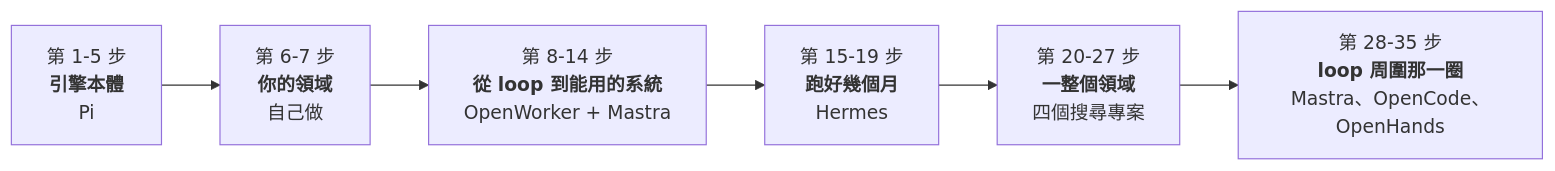
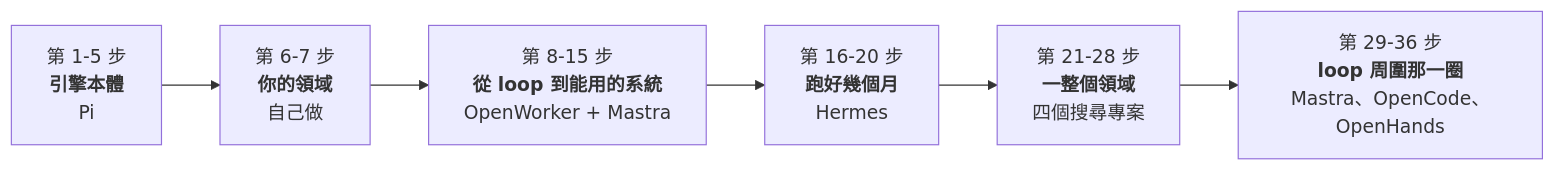
The second of 2 diagrams in README.zh-TW.md (whereissam/learn-agent-engineering-from-production), drawn with Mermaid before and after one commit. The commit also changed other lines of this file and 12 other files, not shown here.

````diff
--- a/README.zh-TW.md
+++ b/README.zh-TW.md
@@ -63,8 +63,8 @@
 ```mermaid
 flowchart LR
     P1["第 1-5 步<br/><b>引擎本體</b><br/>Pi"] --> P2["第 6-7 步<br/><b>你的領域</b><br/>自己做"]
-    P2 --> P3["第 8-14 步<br/><b>從 loop 到能用的系統</b><br/>OpenWorker + Mastra"]
-    P3 --> P4["第 15-19 步<br/><b>跑好幾個月</b><br/>Hermes"]
-    P4 --> P5["第 20-27 步<br/><b>一整個領域</b><br/>四個搜尋專案"]
-    P5 --> P6["第 28-35 步<br/><b>loop 周圍那一圈</b><br/>Mastra、OpenCode、OpenHands"]
+    P2 --> P3["第 8-15 步<br/><b>從 loop 到能用的系統</b><br/>OpenWorker + Mastra"]
+    P3 --> P4["第 16-20 步<br/><b>跑好幾個月</b><br/>Hermes"]
+    P4 --> P5["第 21-28 步<br/><b>一整個領域</b><br/>四個搜尋專案"]
+    P5 --> P6["第 29-36 步<br/><b>loop 周圍那一圈</b><br/>Mastra、OpenCode、OpenHands"]
 ```
````
